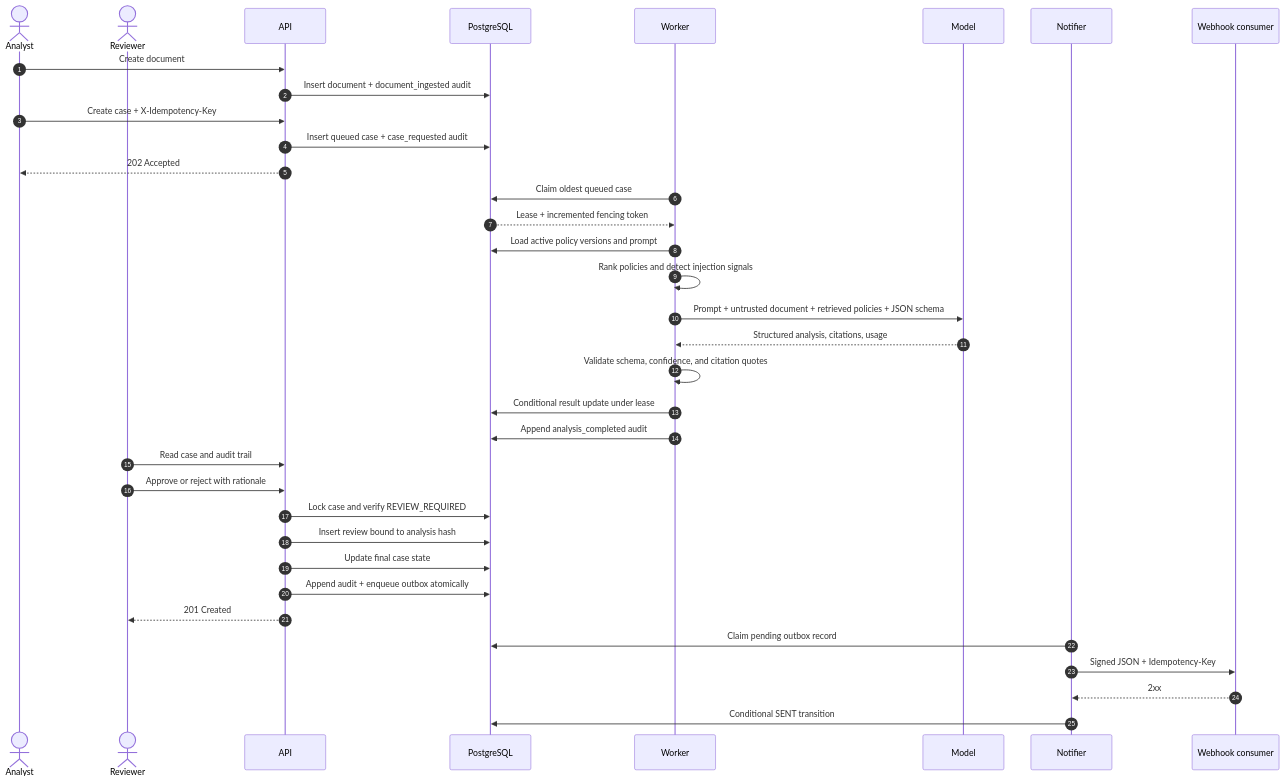
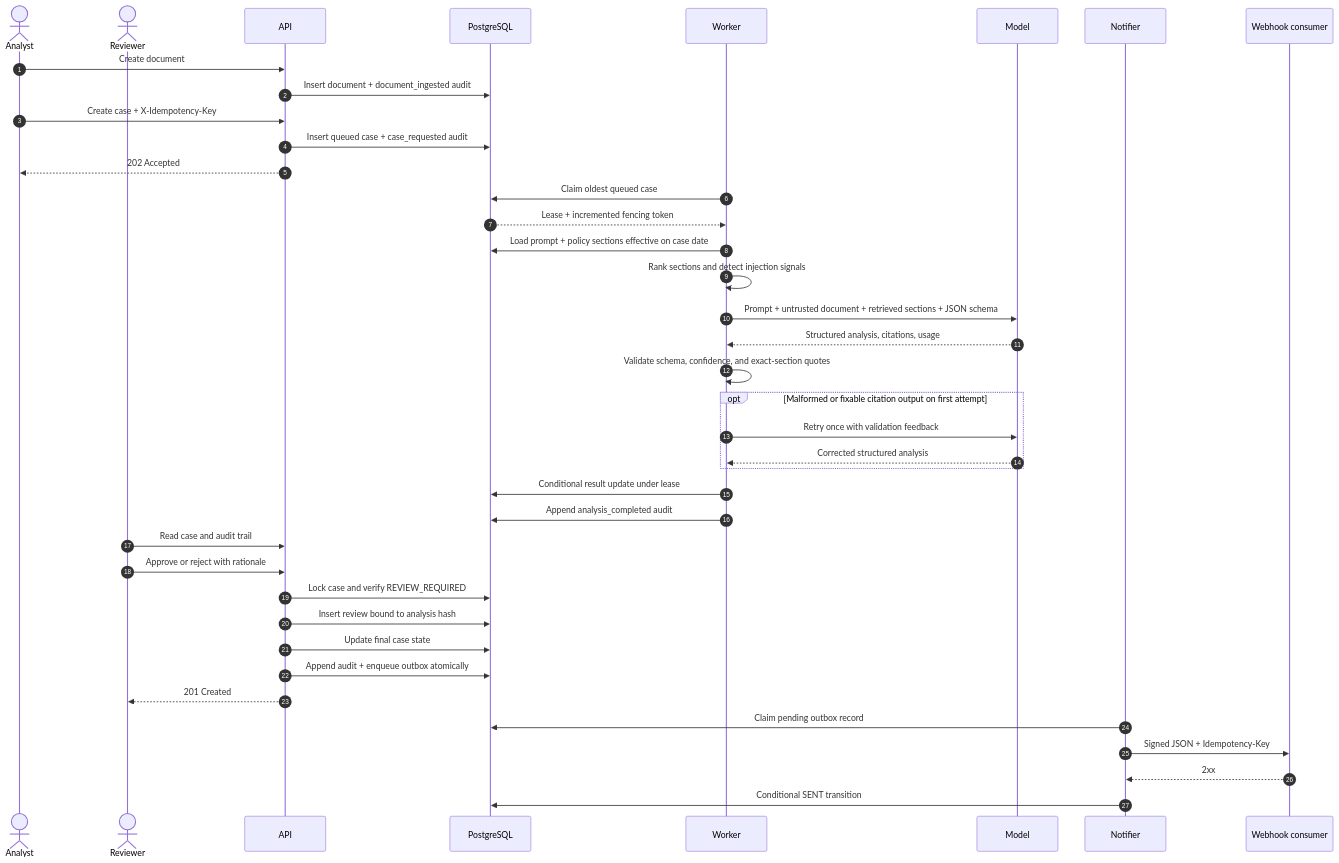
Before and after one commit to steven-moriasi/ai-compliance-agent: the first of 5 diagrams in docs/SEQUENCES.md, drawn with Mermaid. The commit also changed 7 other files, not shown here.

````diff
--- a/docs/SEQUENCES.md
+++ b/docs/SEQUENCES.md
@@ -5,41 +5,45 @@
 ```mermaid
 sequenceDiagram
     autonumber
     actor Analyst
     actor Reviewer
     participant API
     participant DB as PostgreSQL
     participant Worker
     participant Model
     participant Notifier
     participant Consumer as Webhook consumer
 
     Analyst->>API: Create document
     API->>DB: Insert document + document_ingested audit
     Analyst->>API: Create case + X-Idempotency-Key
     API->>DB: Insert queued case + case_requested audit
     API-->>Analyst: 202 Accepted
 
     Worker->>DB: Claim oldest queued case
     DB-->>Worker: Lease + incremented fencing token
-    Worker->>DB: Load active policy versions and prompt
-    Worker->>Worker: Rank policies and detect injection signals
-    Worker->>Model: Prompt + untrusted document + retrieved policies + JSON schema
+    Worker->>DB: Load prompt + policy sections effective on case date
+    Worker->>Worker: Rank sections and detect injection signals
+    Worker->>Model: Prompt + untrusted document + retrieved sections + JSON schema
     Model-->>Worker: Structured analysis, citations, usage
-    Worker->>Worker: Validate schema, confidence, and citation quotes
+    Worker->>Worker: Validate schema, confidence, and exact-section quotes
+    opt Malformed or fixable citation output on first attempt
+        Worker->>Model: Retry once with validation feedback
+        Model-->>Worker: Corrected structured analysis
+    end
     Worker->>DB: Conditional result update under lease
     Worker->>DB: Append analysis_completed audit
 
     Reviewer->>API: Read case and audit trail
     Reviewer->>API: Approve or reject with rationale
     API->>DB: Lock case and verify REVIEW_REQUIRED
     API->>DB: Insert review bound to analysis hash
     API->>DB: Update final case state
     API->>DB: Append audit + enqueue outbox atomically
     API-->>Reviewer: 201 Created
 
     Notifier->>DB: Claim pending outbox record
     Notifier->>Consumer: Signed JSON + Idempotency-Key
     Consumer-->>Notifier: 2xx
     Notifier->>DB: Conditional SENT transition
 ```
````
